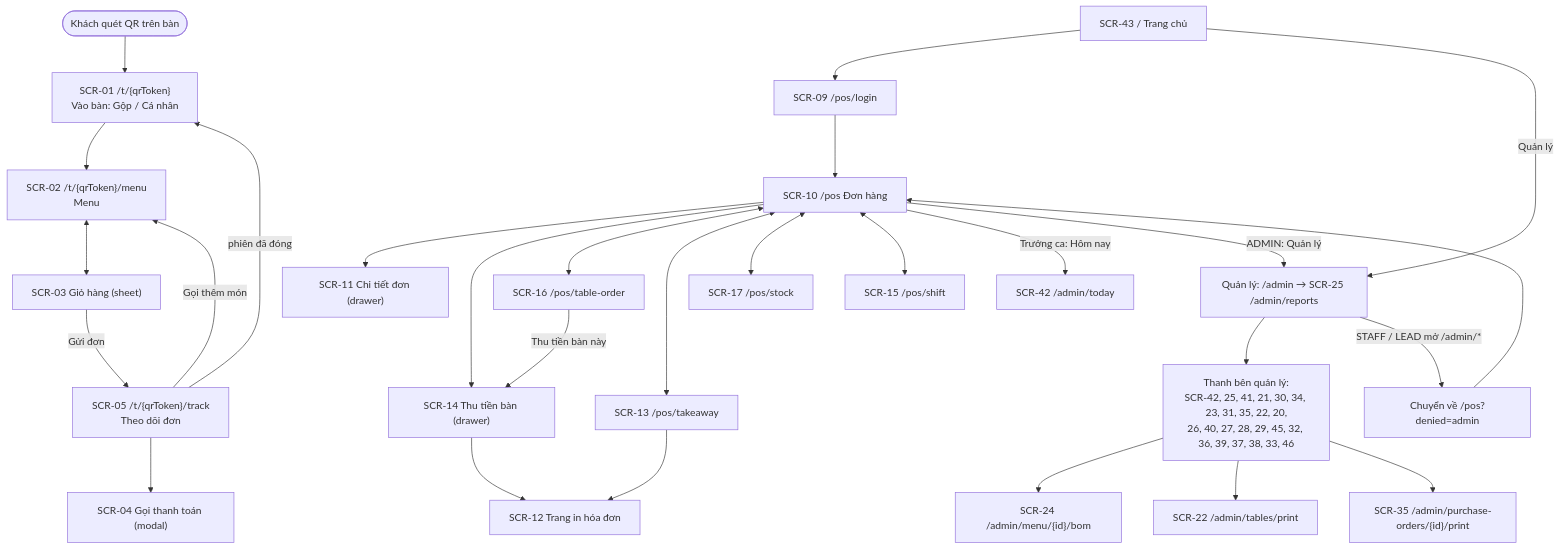
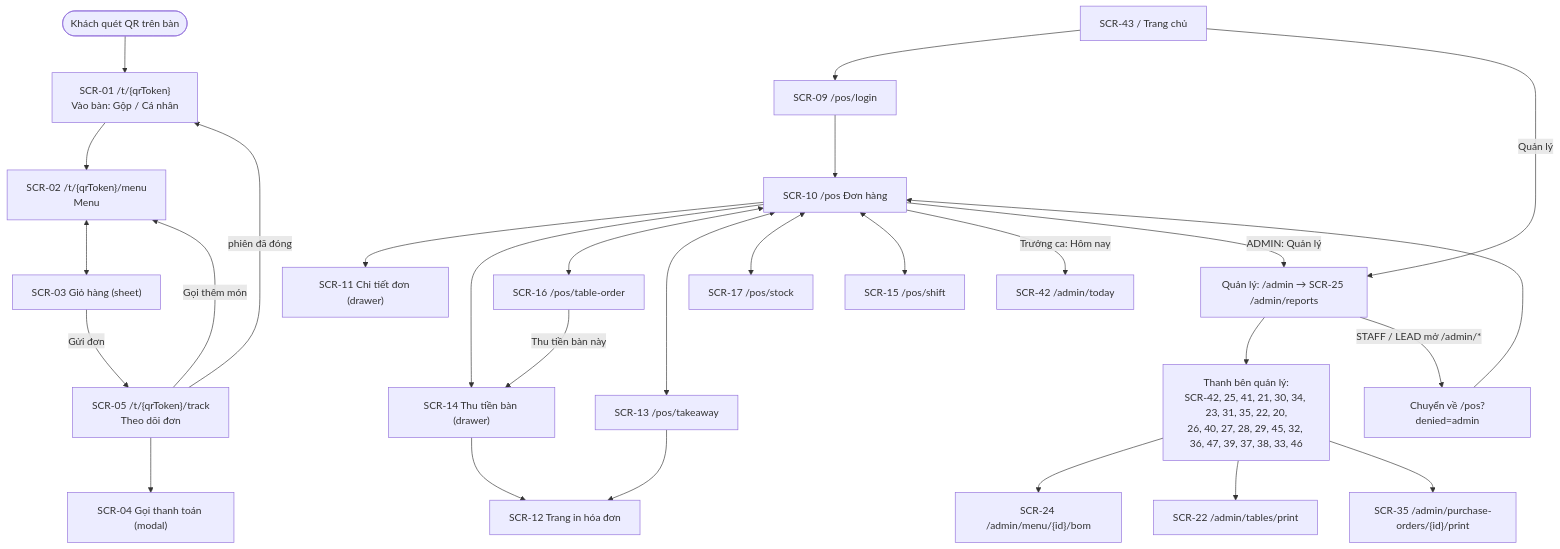
One commit to anhtuyenbaocaototnghiep-hue/OrderNow-QR changed the diagram in quan ly F&B nho/cafe-qr-app/tài-liệu/giao-diện/sitemap.md. Above: the diagram before and after it, drawn with Mermaid. The commit also changed other lines of this file and 41 other files, not shown here.

````diff
--- a/quan ly F&B nho/cafe-qr-app/tài-liệu/giao-diện/sitemap.md
+++ b/quan ly F&B nho/cafe-qr-app/tài-liệu/giao-diện/sitemap.md
@@ -15,31 +15,31 @@
 ```mermaid
 flowchart TD
   QR([Khách quét QR trên bàn]) --> S01["SCR-01 /t/{qrToken}<br/>Vào bàn: Gộp / Cá nhân"]
   S01 --> S02["SCR-02 /t/{qrToken}/menu<br/>Menu"]
   S02 <--> S03["SCR-03 Giỏ hàng (sheet)"]
   S03 -->|Gửi đơn| S05["SCR-05 /t/{qrToken}/track<br/>Theo dõi đơn"]
   S05 -->|Gọi thêm món| S02
   S05 --> S04["SCR-04 Gọi thanh toán (modal)"]
   S05 -->|phiên đã đóng| S01
 
   HOME["SCR-43 / Trang chủ"] --> S09["SCR-09 /pos/login"]
   HOME -->|Quản lý| ADM
   S09 --> S10["SCR-10 /pos Đơn hàng"]
   S10 --> S11["SCR-11 Chi tiết đơn (drawer)"]
   S10 --> S14["SCR-14 Thu tiền bàn (drawer)"]
   S14 --> S12["SCR-12 Trang in hóa đơn"]
   S10 <--> S16["SCR-16 /pos/table-order"]
   S10 <--> S13["SCR-13 /pos/takeaway"]
   S10 <--> S17["SCR-17 /pos/stock"]
   S10 <--> S15["SCR-15 /pos/shift"]
   S16 -->|Thu tiền bàn này| S14
   S13 --> S12
   S10 -->|Trưởng ca: Hôm nay| S42["SCR-42 /admin/today"]
   S10 -->|ADMIN: Quản lý| ADM["Quản lý: /admin → SCR-25 /admin/reports"]
-  ADM --> SIDE["Thanh bên quản lý:<br/>SCR-42, 25, 41, 21, 30, 34, 23, 31, 35, 22, 20,<br/>26, 40, 27, 28, 29, 45, 32, 36, 39, 37, 38, 33, 46"]
+  ADM --> SIDE["Thanh bên quản lý:<br/>SCR-42, 25, 41, 21, 30, 34, 23, 31, 35, 22, 20,<br/>26, 40, 27, 28, 29, 45, 32, 36, 47, 39, 37, 38, 33, 46"]
   SIDE --> S24["SCR-24 /admin/menu/{id}/bom"]
   SIDE --> P22["SCR-22 /admin/tables/print"]
   SIDE --> P35["SCR-35 /admin/purchase-orders/{id}/print"]
   ADM -->|"STAFF / LEAD mở /admin/*"| DENY["Chuyển về /pos?denied=admin"]
   DENY --> S10
 ```
````
